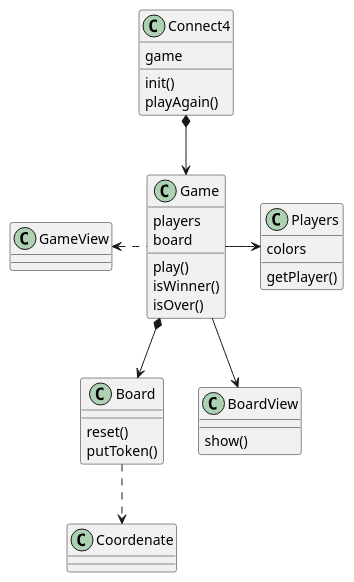
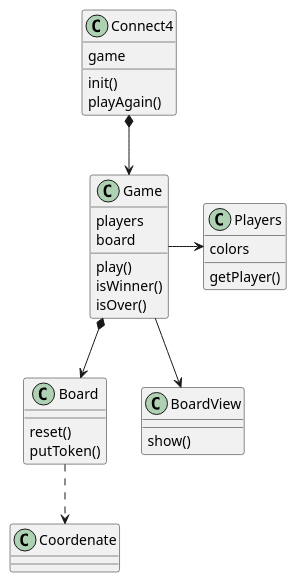
The diagram in Connect4/images/structure-diagrams/classes-diagram.plantuml (BernatQI/Master-Programacion-Diseno-Software), drawn with PlantUML before and after one commit. The commit also changed other lines of this file, not shown here.

```diff
--- a/Connect4/images/structure-diagrams/classes-diagram.plantuml
+++ b/Connect4/images/structure-diagrams/classes-diagram.plantuml
@@ -3,43 +1,39 @@
 @startuml "Classes Diagram"
 
 class Connect4 {
   game
 
   init()
   playAgain()
 }
 class Game {
   players
   board
 
   play()
   isWinner()
   isOver()
-}
-class GameView {
-
 }
 class Coordenate {
 
 }
 class Board {
   reset()
   putToken()
 }
 class BoardView {
   show()
 }
 class Players {
   colors
 
   getPlayer()
 }
 
 Connect4 *--> Game
 Game -> Players
 Game *--> Board
 Game --> BoardView
-GameView <. Game
 Board ..> Coordenate
 
 @enduml
```
